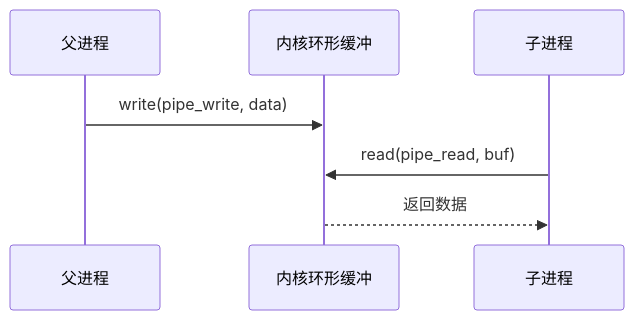
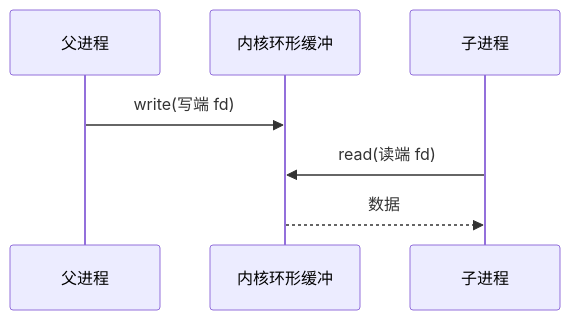
One commit to AM-SuSh/EVOLVE changed the first of 2 diagrams in os-lab/labs/lab7-ipc-signal.md. Above: the diagram before and after it, drawn with Mermaid. The commit also changed other lines of this file and 23 other files, not shown here.

````diff
--- a/os-lab/labs/lab7-ipc-signal.md
+++ b/os-lab/labs/lab7-ipc-signal.md
@@ -68,9 +77,9 @@
 ```mermaid
 sequenceDiagram
     participant P as 父进程
     participant K as 内核环形缓冲
     participant C as 子进程
-    P->>K: write(pipe_write, data)
-    C->>K: read(pipe_read, buf)
-    K-->>C: 返回数据
+    P->>K: write(写端 fd)
+    C->>K: read(读端 fd)
+    K-->>C: 数据
 ```
````
